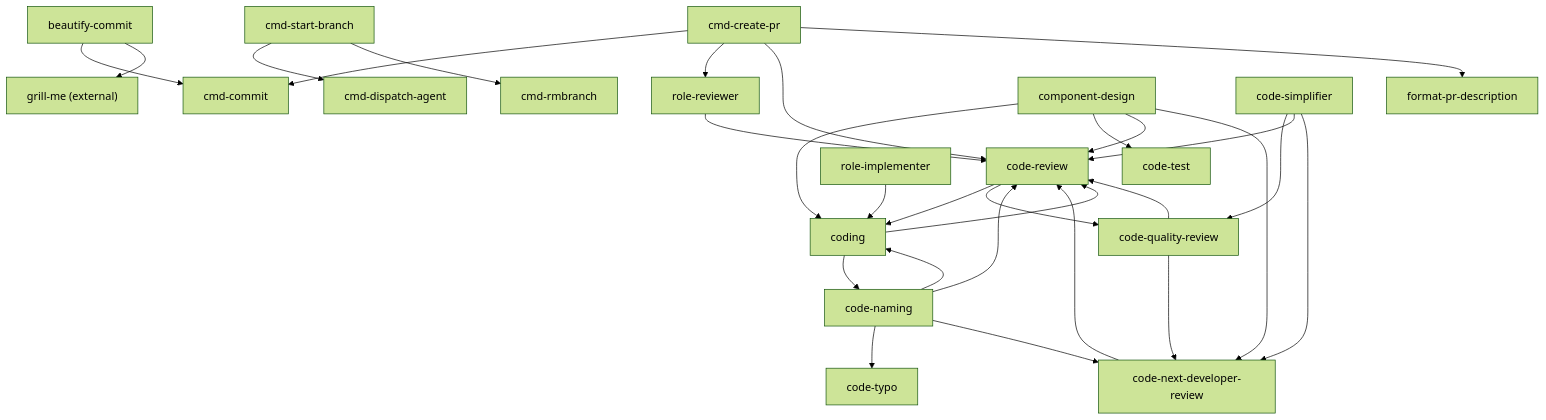
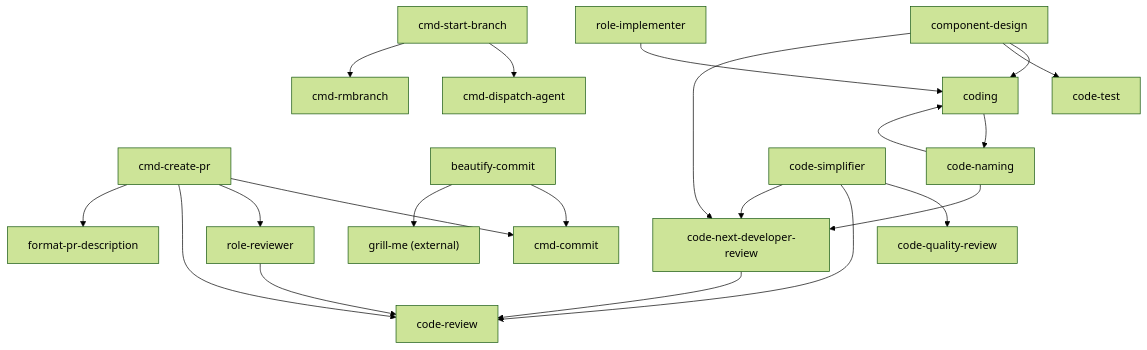
The diagram in docs/skill-dependency-map.md (version-1/agents-docs), drawn with Mermaid (forest theme) before and after one commit. The commit also changed other lines of this file, not shown here.

````diff
--- a/docs/skill-dependency-map.md
+++ b/docs/skill-dependency-map.md
@@ -101,41 +102,31 @@
 ```mermaid
 graph TD
     cmd_create_pr["cmd-create-pr"] --> cmd_commit["cmd-commit"]
     cmd_create_pr --> role_reviewer["role-reviewer"]
     cmd_create_pr --> code_review["code-review"]
     cmd_create_pr --> format_pr_description["format-pr-description"]
 
     cmd_start_branch["cmd-start-branch"] --> cmd_dispatch_agent["cmd-dispatch-agent"]
     cmd_start_branch --> cmd_rmbranch["cmd-rmbranch"]
 
     beautify_commit["beautify-commit"] --> cmd_commit
     beautify_commit --> grill_me["grill-me (external)"]
 
     role_reviewer --> code_review
     role_implementer["role-implementer"] --> coding["coding"]
 
     coding --> code_naming["code-naming"]
-    coding --> code_review
 
     component_design["component-design"] --> coding
     component_design --> code_test["code-test"]
-    component_design --> code_review
     component_design --> code_next_dev["code-next-developer-review"]
 
-    code_naming --> code_typo["code-typo"]
-    code_naming --> code_review
     code_naming --> coding
     code_naming --> code_next_dev
 
-    code_quality["code-quality-review"] --> code_review
-    code_quality --> code_next_dev
-
-    code_review --> coding
-    code_review --> code_quality
-
     code_next_dev --> code_review
 
-    code_simplifier["code-simplifier"] --> code_quality
+    code_simplifier["code-simplifier"] --> code_quality["code-quality-review"]
     code_simplifier --> code_review
     code_simplifier --> code_next_dev
 ```
````
